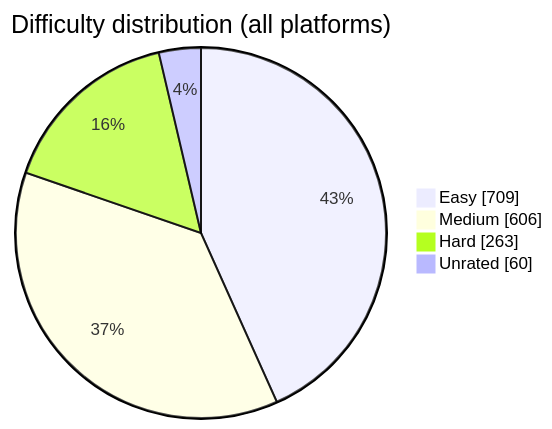
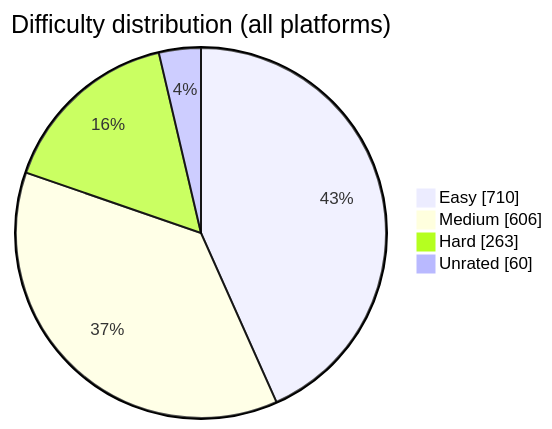
One commit to BuildbyArindam/Daily-Coding-Log changed the diagram in README.md. Above: the diagram before and after it, drawn with Mermaid. The commit also changed other lines of this file, not shown here.

````diff
--- a/README.md
+++ b/README.md
@@ -93,7 +93,7 @@
 ```mermaid
 pie showData title Difficulty distribution (all platforms)
-    "Easy" : 709
+    "Easy" : 710
     "Medium" : 606
     "Hard" : 263
     "Unrated" : 60
 ```
````
